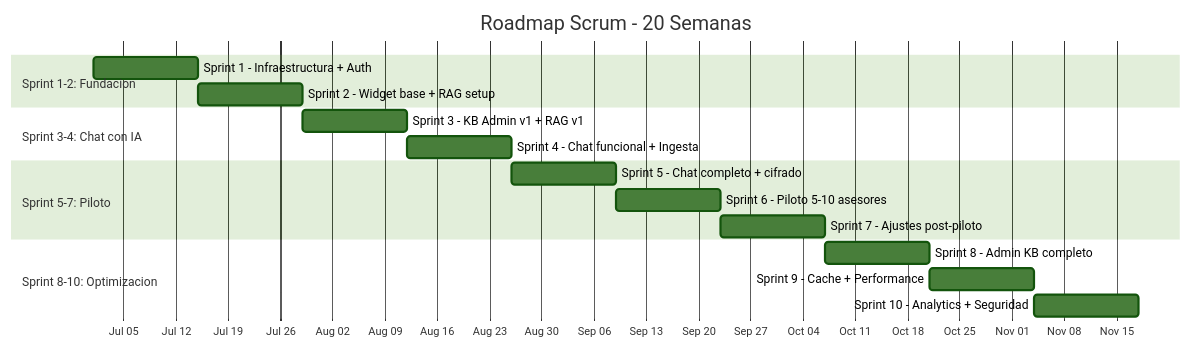
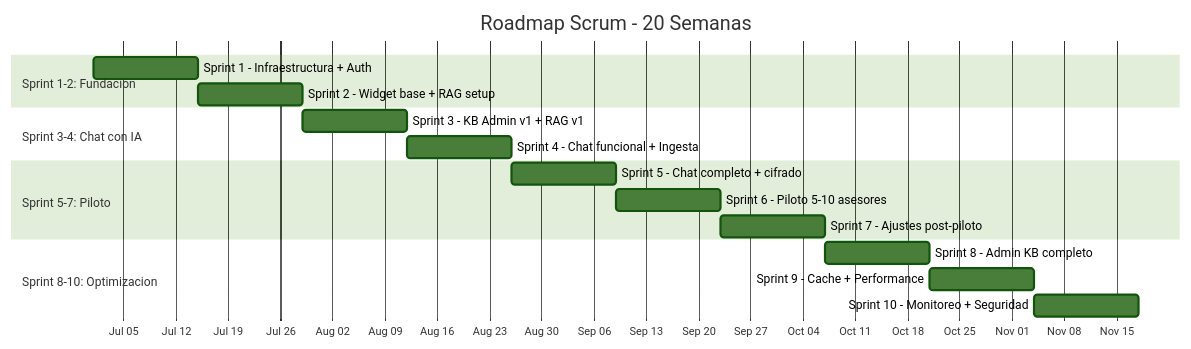
One commit to johnruedal96/capillas changed the ninth of 9 diagrams in docs/propuesta_tecnologica.md. Above: the diagram before and after it, drawn with Mermaid (forest theme). The commit also changed other lines of this file, not shown here.

````diff
--- a/docs/propuesta_tecnologica.md
+++ b/docs/propuesta_tecnologica.md
@@ -1004,24 +1000,24 @@
 ```mermaid
 gantt
     title Roadmap Scrum - 20 Semanas
     dateFormat  YYYY-MM-DD
     axisFormat  %b %d
 
     section Sprint 1-2: Fundacion
     Sprint 1 - Infraestructura + Auth     :s1, 2026-07-01, 14d
     Sprint 2 - Widget base + RAG setup    :s2, after s1, 14d
 
     section Sprint 3-4: Chat con IA
     Sprint 3 - KB Admin v1 + RAG v1      :s3, after s2, 14d
     Sprint 4 - Chat funcional + Ingesta    :s4, after s3, 14d
 
     section Sprint 5-7: Piloto
     Sprint 5 - Chat completo + cifrado    :s5, after s4, 14d
     Sprint 6 - Piloto 5-10 asesores        :s6, after s5, 14d
     Sprint 7 - Ajustes post-piloto         :s7, after s6, 14d
 
     section Sprint 8-10: Optimizacion
     Sprint 8 - Admin KB completo           :s8, after s7, 14d
     Sprint 9 - Cache + Performance         :s9, after s8, 14d
-    Sprint 10 - Analytics + Seguridad      :s10, after s9, 14d
+    Sprint 10 - Monitoreo + Seguridad      :s10, after s9, 14d
 ```
````
